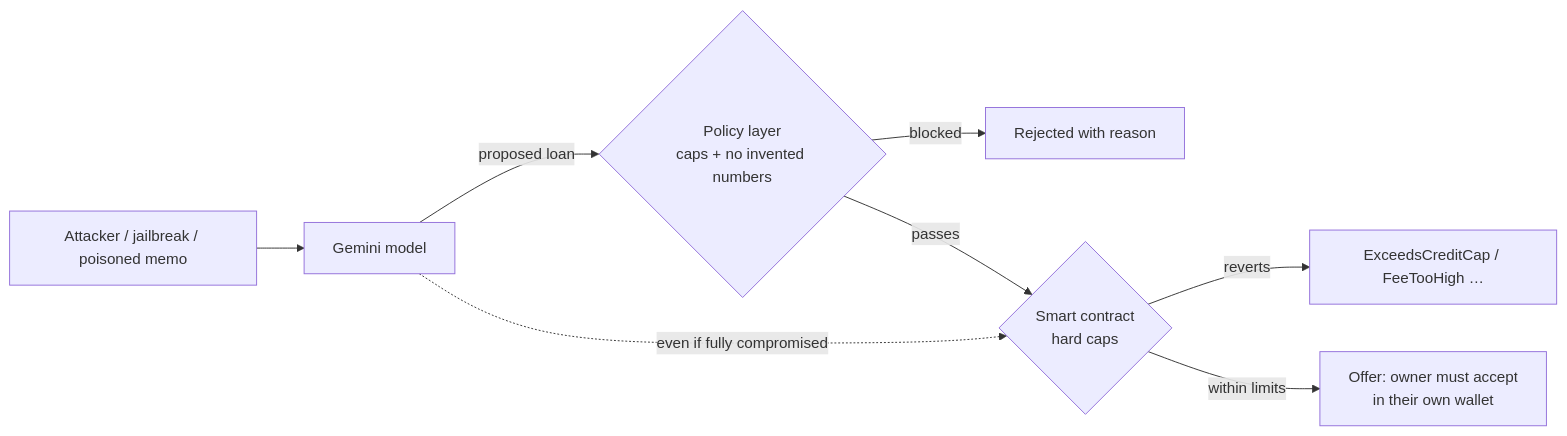
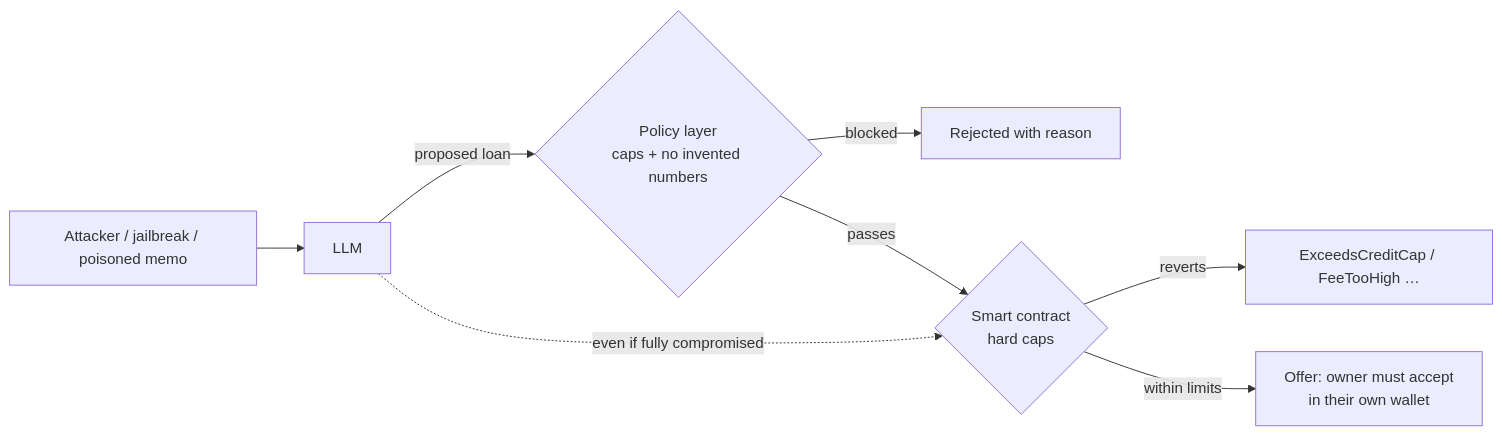
One commit to ketutezraugm/kulaya changed the second of 2 diagrams in README.md. Above: the diagram before and after it, drawn with Mermaid. The commit also changed other lines of this file and 6 other files, not shown here.

````diff
--- a/README.md
+++ b/README.md
@@ -81,10 +81,10 @@
 ```mermaid
 flowchart LR
-    A[Attacker / jailbreak / poisoned memo] --> M[Gemini model]
+    A[Attacker / jailbreak / poisoned memo] --> M[LLM]
     M -->|proposed loan| P{Policy layer<br/>caps + no invented numbers}
     P -->|blocked| X1[Rejected with reason]
     P -->|passes| C{Smart contract<br/>hard caps}
     C -->|reverts| X2[ExceedsCreditCap / FeeTooHigh …]
     C -->|within limits| O[Offer: owner must accept<br/>in their own wallet]
     M -. even if fully compromised .-> C
 ```
````
